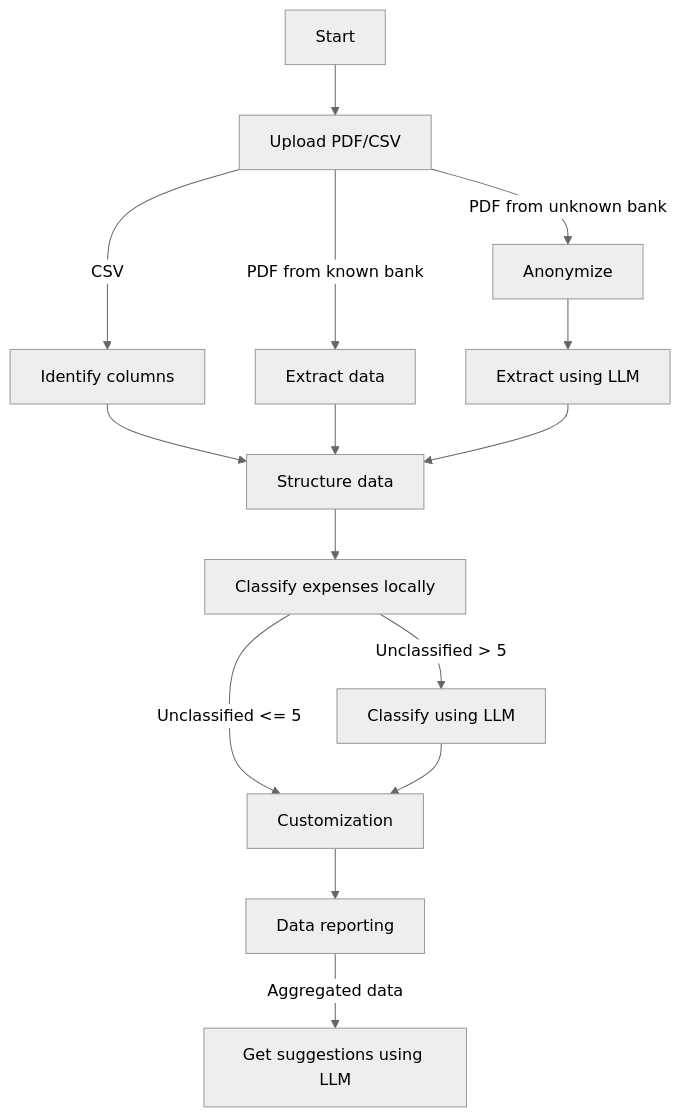
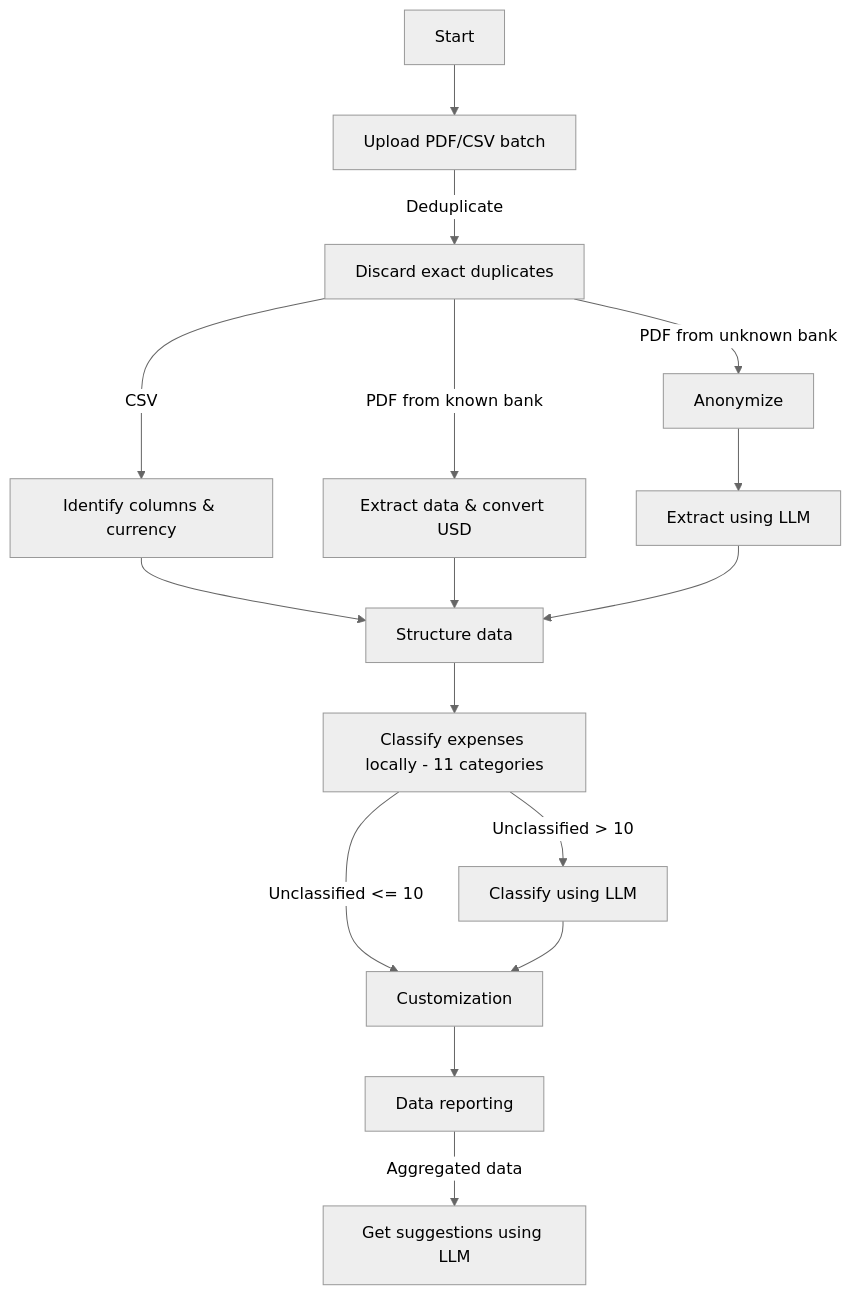
The diagram in README.md (cuprumbot/expense-tracker), drawn with Mermaid (neutral theme) before and after one commit. The commit also changed other lines of this file and 9 other files, not shown here.

Commit message:
docs: update architecture diagram, documentation, and README for iteration 2

````diff
--- a/README.md
+++ b/README.md
@@ -37,17 +40,18 @@
 ```mermaid
 flowchart TD
-    A[Start] --> B[Upload PDF/CSV]
-    B --> |CSV| C[Identify columns]
-    B --> |PDF from known bank| D[Extract data]
-    B --> |PDF from unknown bank| E[Anonymize]
-    E --> F[Extract using LLM]
-    C --> G[Structure data]
-    D --> G
-    F --> G
-    G --> H[Classify expenses locally]
-    H --> |Unclassified <= 5| I[Customization]
-    H --> |Unclassified > 5| J[Classify using LLM]
-    J --> I
-    I --> K[Data reporting]
-    K --> |Aggregated data| L[Get suggestions using LLM]
+    A[Start] --> B[Upload PDF/CSV batch]
+    B --> |Deduplicate| C[Discard exact duplicates]
+    C --> |CSV| D[Identify columns & currency]
+    C --> |PDF from known bank| E[Extract data & convert USD]
+    C --> |PDF from unknown bank| F[Anonymize]
+    F --> G[Extract using LLM]
+    D --> H[Structure data]
+    E --> H
+    G --> H
+    H --> I[Classify expenses locally - 11 categories]
+    I --> |Unclassified <= 10| J[Customization]
+    I --> |Unclassified > 10| K[Classify using LLM]
+    K --> J
+    J --> L[Data reporting]
+    L --> |Aggregated data| M[Get suggestions using LLM]
 ```
````
